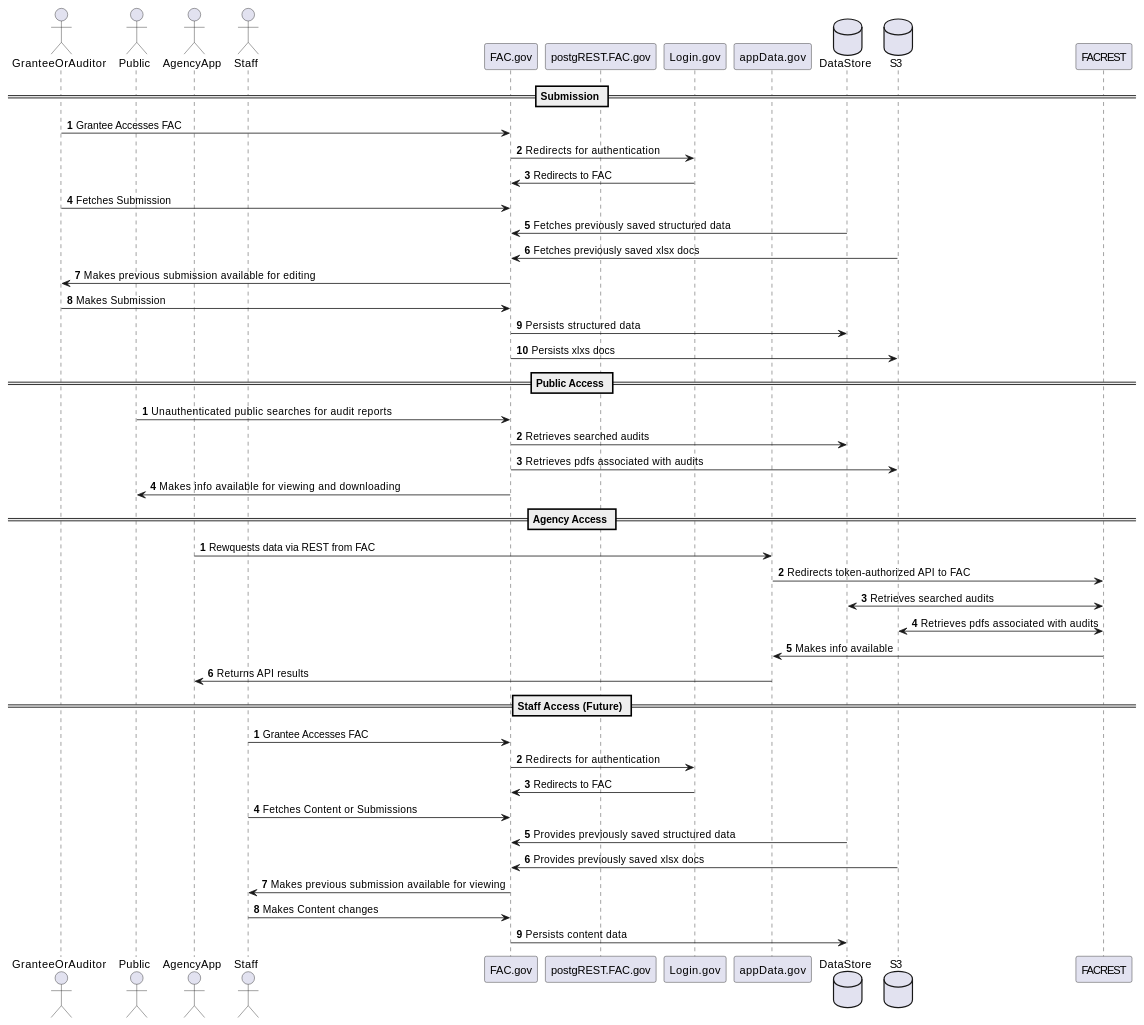
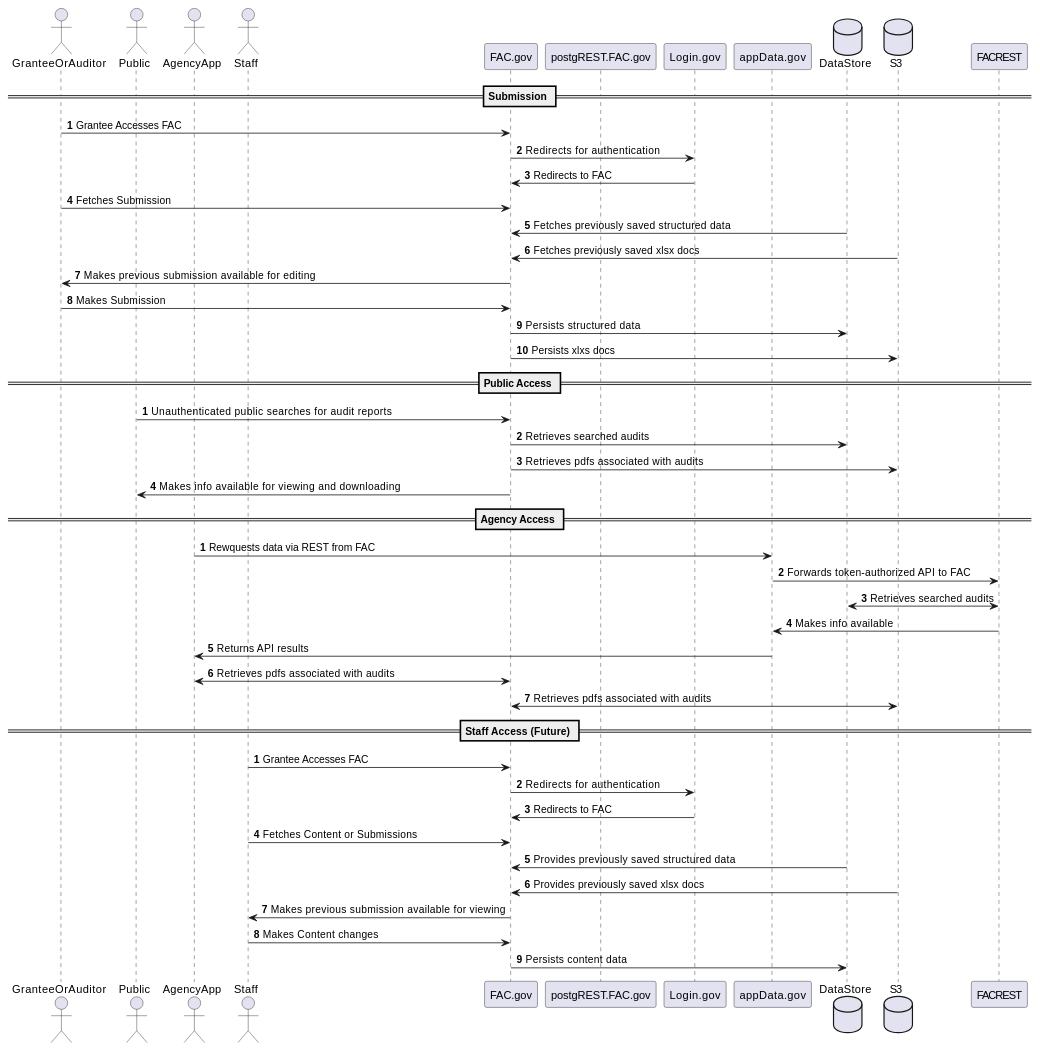
Before and after one commit to GSA-TTS/FAC: the diagram in docs/architecture/diagrams/Application/FAC_Sequence.md, drawn with PlantUML. The commit also changed 3 other files, not shown here.

Commit message:
Add rel from AgencyApp to S3

````diff
--- a/docs/architecture/diagrams/Application/FAC_Sequence.md
+++ b/docs/architecture/diagrams/Application/FAC_Sequence.md
@@ -3,59 +3,61 @@
 ```plantuml
 @startuml User Interaction Diagram
 Actor GranteeOrAuditor
 Actor Public
 Actor AgencyApp
 Actor Staff
 
 Participant “FAC.gov” as FAC
 Participant “postgREST.FAC.gov” as FacREST
 Participant “Login.gov” as LoginGov
 Participant “appData.gov” as DataGov
 
 Database “DataStore” as DB
 Database "S3" as S3
 
 autonumber 
 == Submission ==
 GranteeOrAuditor -> FAC : Grantee Accesses FAC
 FAC -> LoginGov : Redirects for authentication
 LoginGov -> FAC : Redirects to FAC
 GranteeOrAuditor -> FAC : Fetches Submission
 DB -> FAC : Fetches previously saved structured data
 S3 -> FAC : Fetches previously saved xlsx docs
 FAC -> GranteeOrAuditor : Makes previous submission available for editing
 GranteeOrAuditor -> FAC : Makes Submission
 FAC -> DB : Persists structured data
 FAC -> S3 : Persists xlxs docs
 
 
 autonumber
 == Public Access ==
 Public -> FAC : Unauthenticated public searches for audit reports
 FAC -> DB : Retrieves searched audits
 FAC -> S3 : Retrieves pdfs associated with audits
 FAC -> Public : Makes info available for viewing and downloading
 
 autonumber
 == Agency Access ==
 AgencyApp -> DataGov :  Rewquests data via REST from FAC
-DataGov -> FACREST : Redirects token-authorized API to FAC
+DataGov -> FACREST : Forwards token-authorized API to FAC
 FACREST <-> DB : Retrieves searched audits
-FACREST <-> S3 : Retrieves pdfs associated with audits
 FACREST -> DataGov : Makes info available
 DataGov -> AgencyApp : Returns API results
+AgencyApp <-> FAC : Retrieves pdfs associated with audits
+FAC <-> S3 : Retrieves pdfs associated with audits
+
 
 autonumber
 == Staff Access (Future) ==
 Staff -> FAC : Grantee Accesses FAC
 FAC -> LoginGov : Redirects for authentication
 LoginGov -> FAC : Redirects to FAC
 Staff -> FAC : Fetches Content or Submissions
 DB -> FAC : Provides previously saved structured data
 S3 -> FAC : Provides previously saved xlsx docs
 FAC -> Staff : Makes previous submission available for viewing
 Staff -> FAC : Makes Content changes
 FAC -> DB : Persists content data
 
 @enduml
 ```
````
